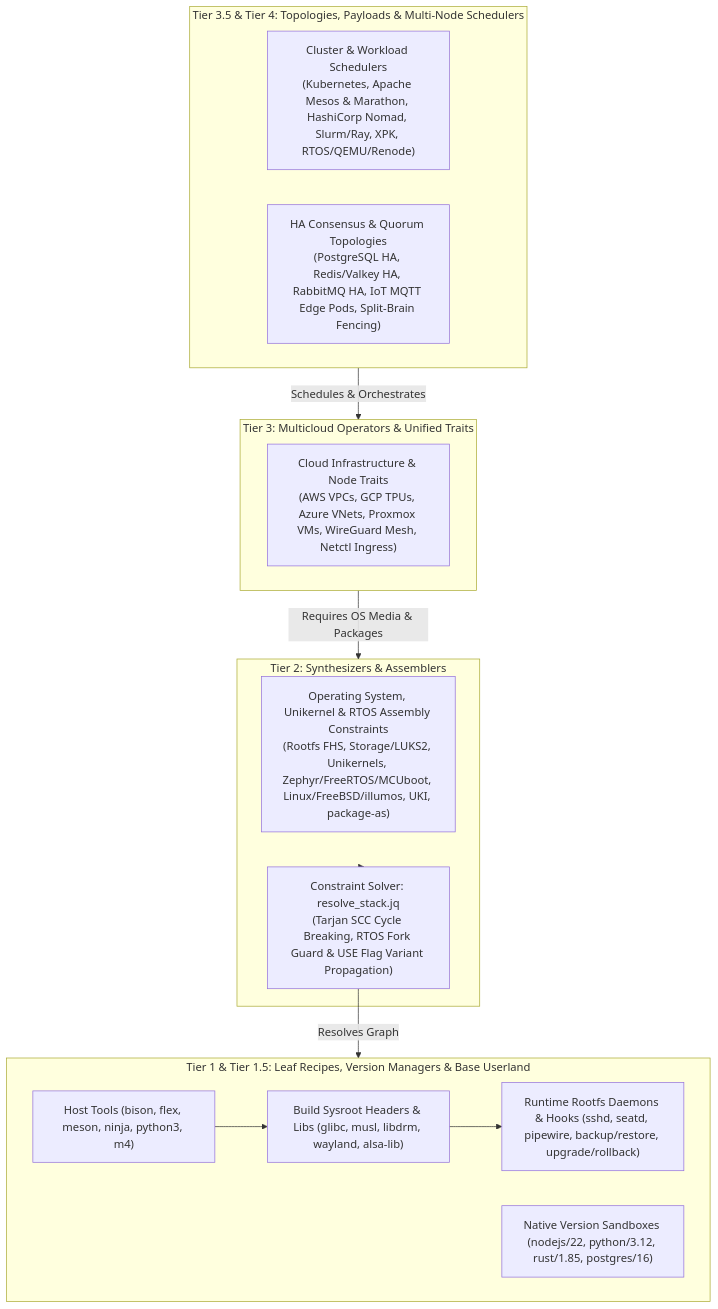
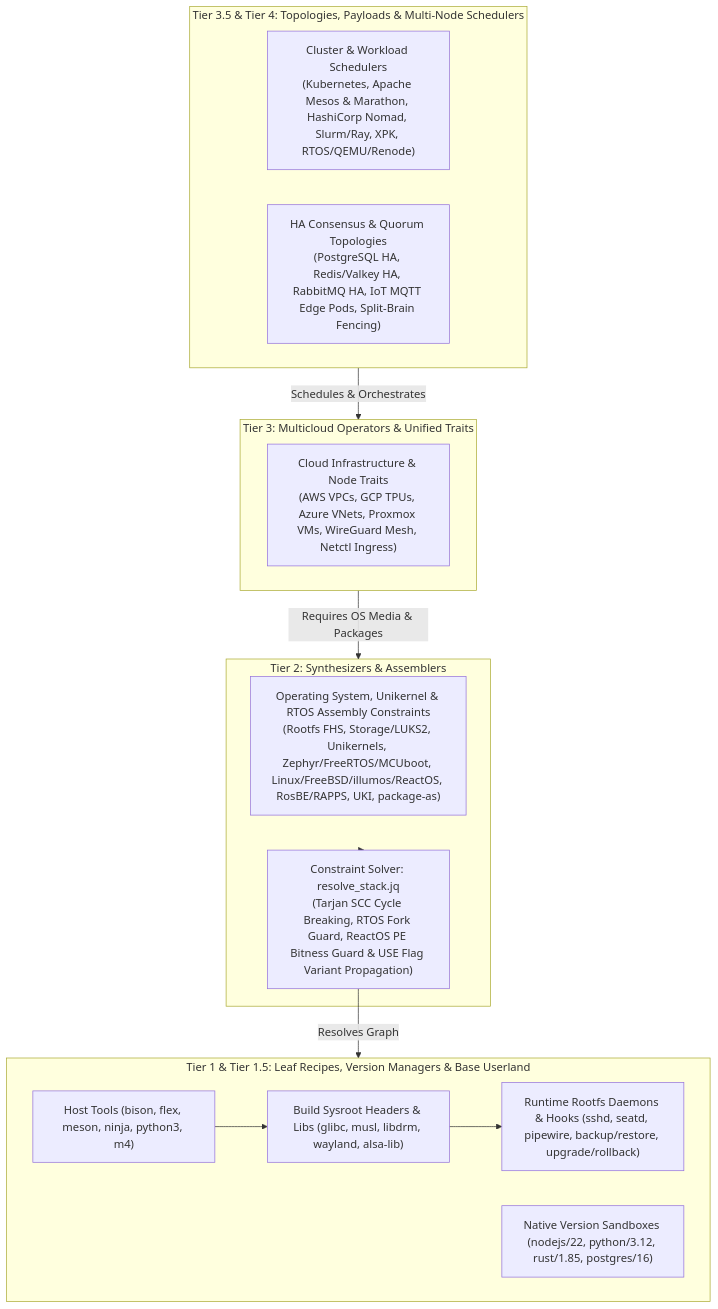
The first of 3 diagrams in DEPENDENCIES.md (SamuelMarks/libscript), drawn with Mermaid before and after one commit. The commit also changed 206 other files, not shown here.

````diff
--- a/DEPENDENCIES.md
+++ b/DEPENDENCIES.md
@@ -15,30 +15,30 @@
 ```mermaid
 flowchart TD
     subgraph Tier35_4[Tier 3.5 & Tier 4: Topologies, Payloads & Multi-Node Schedulers]
         SchedDeps["Cluster & Workload Schedulers<br/>(Kubernetes, Apache Mesos & Marathon, HashiCorp Nomad, Slurm/Ray, XPK, RTOS/QEMU/Renode)"]
         HADeps["HA Consensus & Quorum Topologies<br/>(PostgreSQL HA, Redis/Valkey HA, RabbitMQ HA, IoT MQTT Edge Pods, Split-Brain Fencing)"]
     end
 
     subgraph Tier3[Tier 3: Multicloud Operators & Unified Traits]
         CloudDeps["Cloud Infrastructure & Node Traits<br/>(AWS VPCs, GCP TPUs, Azure VNets, Proxmox VMs, WireGuard Mesh, Netctl Ingress)"]
     end
 
     subgraph Tier2[Tier 2: Synthesizers & Assemblers]
-        OSDeps["Operating System, Unikernel & RTOS Assembly Constraints<br/>(Rootfs FHS, Storage/LUKS2, Unikernels, Zephyr/FreeRTOS/MCUboot, Linux/FreeBSD/illumos, UKI, package-as)"]
-        SolverEngine["Constraint Solver: resolve_stack.jq<br/>(Tarjan SCC Cycle Breaking, RTOS Fork Guard & USE Flag Variant Propagation)"]
+        OSDeps["Operating System, Unikernel & RTOS Assembly Constraints<br/>(Rootfs FHS, Storage/LUKS2, Unikernels, Zephyr/FreeRTOS/MCUboot, Linux/FreeBSD/illumos/ReactOS, RosBE/RAPPS, UKI, package-as)"]
+        SolverEngine["Constraint Solver: resolve_stack.jq<br/>(Tarjan SCC Cycle Breaking, RTOS Fork Guard, ReactOS PE Bitness Guard & USE Flag Variant Propagation)"]
     end
 
     subgraph Tier1[Tier 1 & Tier 1.5: Leaf Recipes, Version Managers & Base Userland]
         HostTools["Host Tools (bison, flex, meson, ninja, python3, m4)"]
         BuildDeps["Build Sysroot Headers & Libs (glibc, musl, libdrm, wayland, alsa-lib)"]
         RuntimeDeps["Runtime Rootfs Daemons & Hooks (sshd, seatd, pipewire, backup/restore, upgrade/rollback)"]
         VersionSandboxes["Native Version Sandboxes (nodejs/22, python/3.12, rust/1.85, postgres/16)"]
     end
 
     Tier35_4 -->|Schedules & Orchestrates| Tier3
     Tier3 -->|Requires OS Media & Packages| Tier2
     Tier2 --> SolverEngine
     SolverEngine -->|Resolves Graph| Tier1
     HostTools --> BuildDeps
     BuildDeps --> RuntimeDeps
 ```
````
